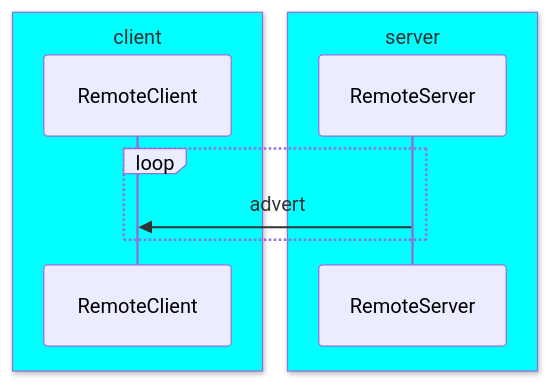
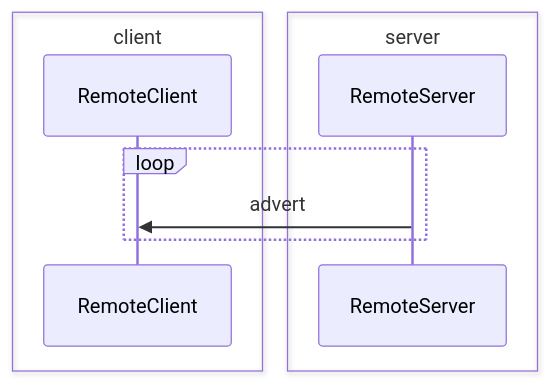
The diagram in docs/README.remote.md (jbuehl/homealone), drawn with Mermaid before and after one commit.

Commit message:
Add diagrams

````diff
--- a/docs/README.remote.md
+++ b/docs/README.remote.md
@@ -42,12 +42,12 @@
 ```mermaid
 sequenceDiagram
-	box Aqua client
+	box client
 	participant RemoteClient
 	end
-	box Aqua server
+	box server
 	participant RemoteServer
 	end
 	loop
 		RemoteServer ->> RemoteClient: advert
 	end
 ```
````
